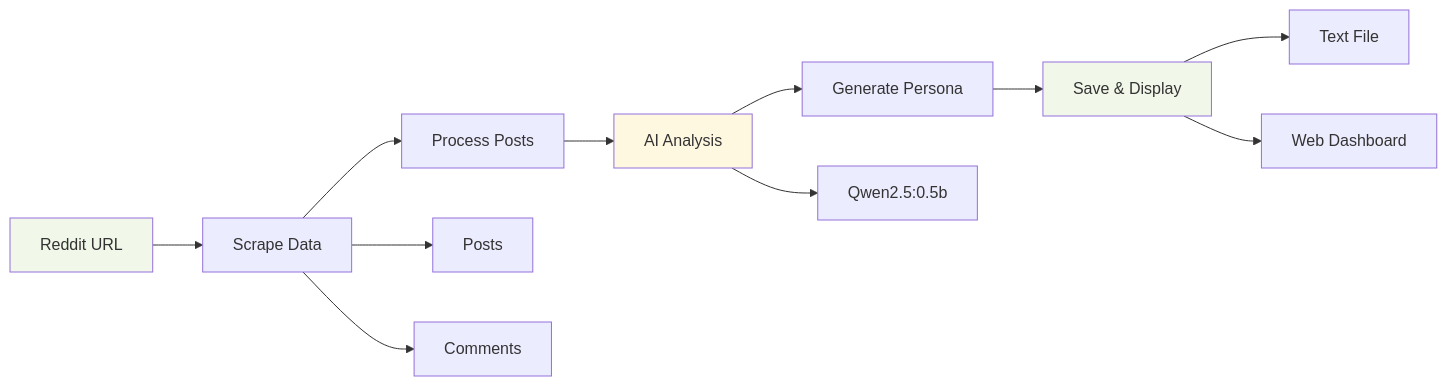
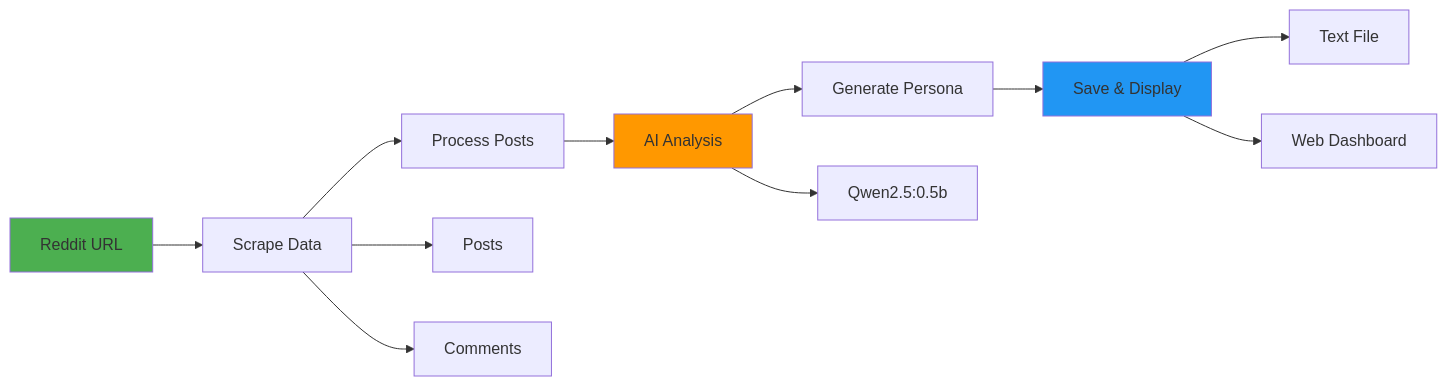
Before and after one commit to mitumitesh04/Reddit-persona-generator: the diagram in README.md, drawn with Mermaid.

````diff
--- a/README.md
+++ b/README.md
@@ -48,20 +48,20 @@
 ```mermaid
 flowchart LR
     A[Reddit URL] --> B[Scrape Data]
     B --> C[Process Posts]
     C --> D[AI Analysis]
     D --> E[Generate Persona]
     E --> F[Save & Display]
     
     B --> B1[Posts]
     B --> B2[Comments]
     
     D --> D1[Qwen2.5:0.5b]
     
     F --> F1[Text File]
     F --> F2[Web Dashboard]
     
-    style A fill:#f1f8e9
-    style D fill:#fff8e1
-    style F fill:#f1f8e9
+    style A fill:#4CAF50
+    style D fill:#FF9800
+    style F fill:#2196F3
 ```
````
